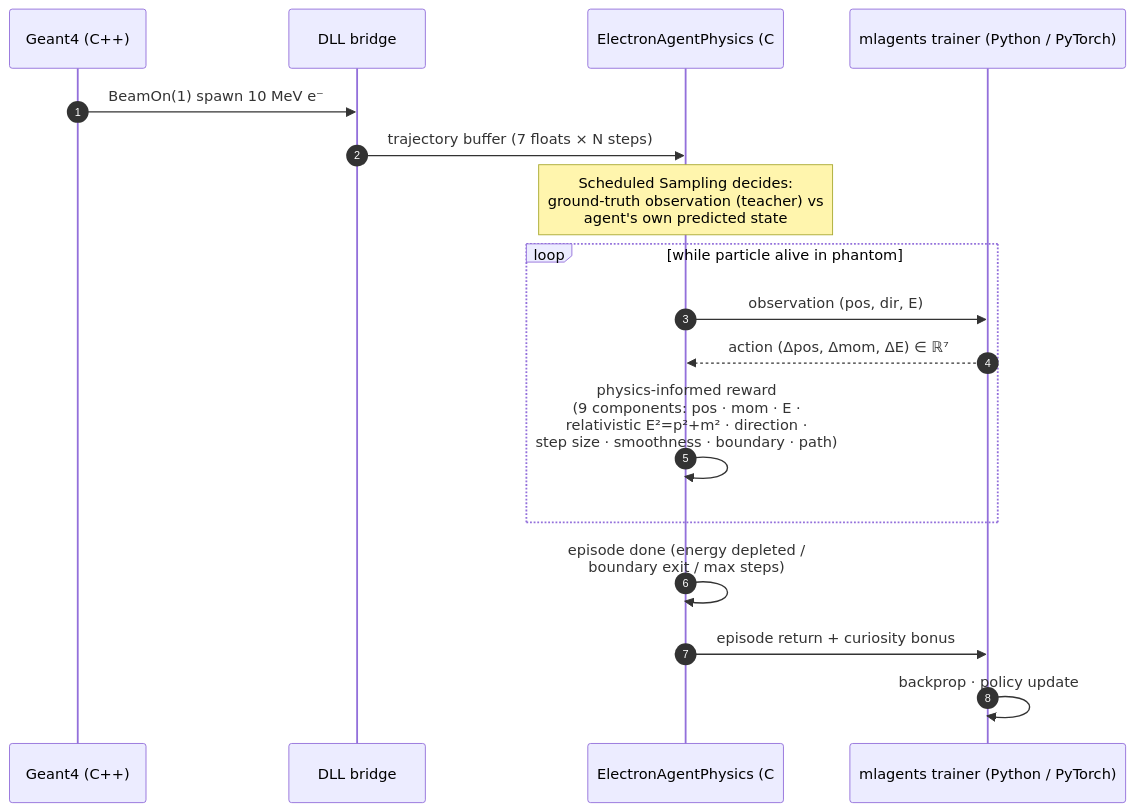
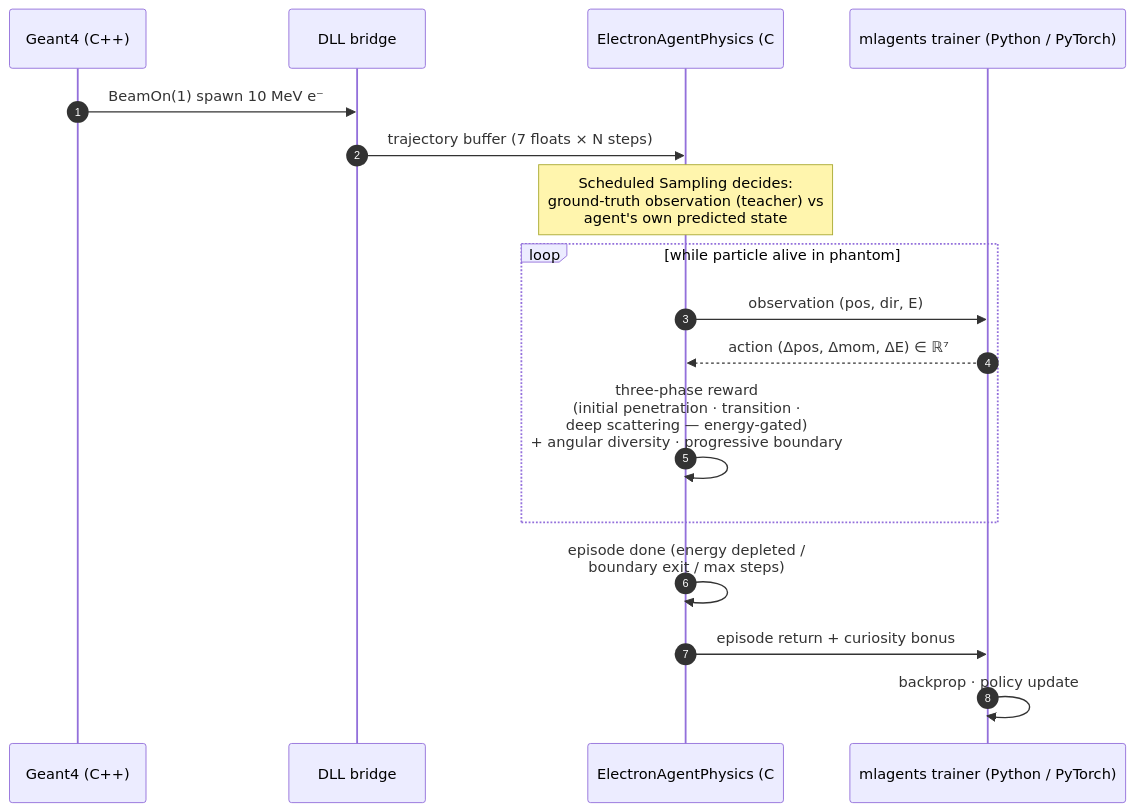
The second of 2 diagrams in README.md (LeoTheOriginal/Scalable-Pipeline-for-Simulation-Control-and-Data-Collection-Using-Unity-and-Geant4), drawn with Mermaid before and after one commit. The commit also changed other lines of this file, not shown here.

Commit message:
docs: rewrite RL algorithm comparison from thesis (1M-step results, verdict)

````diff
--- a/README.md
+++ b/README.md
@@ -95,20 +95,20 @@
 ```mermaid
 sequenceDiagram
     autonumber
     participant G as Geant4 (C++)
     participant D as DLL bridge
     participant A as ElectronAgentPhysics (C#)
     participant T as mlagents trainer (Python / PyTorch)
 
     G->>D: BeamOn(1)  spawn 10 MeV e⁻
     D->>A: trajectory buffer (7 floats × N steps)
     Note over A: Scheduled Sampling decides:<br/>ground-truth observation (teacher) vs<br/>agent's own predicted state
     loop while particle alive in phantom
         A->>T: observation (pos, dir, E)
         T-->>A: action (Δpos, Δmom, ΔE) ∈ ℝ⁷
-        A->>A: physics-informed reward<br/>(9 components: pos · mom · E ·<br/>relativistic E²=p²+m² · direction ·<br/>step size · smoothness · boundary · path)
+        A->>A: three-phase reward<br/>(initial penetration · transition ·<br/>deep scattering — energy-gated)<br/>+ angular diversity · progressive boundary
     end
     A->>A: episode done (energy depleted /<br/>boundary exit / max steps)
     A->>T: episode return + curiosity bonus
     T->>T: backprop · policy update
 ```
````
